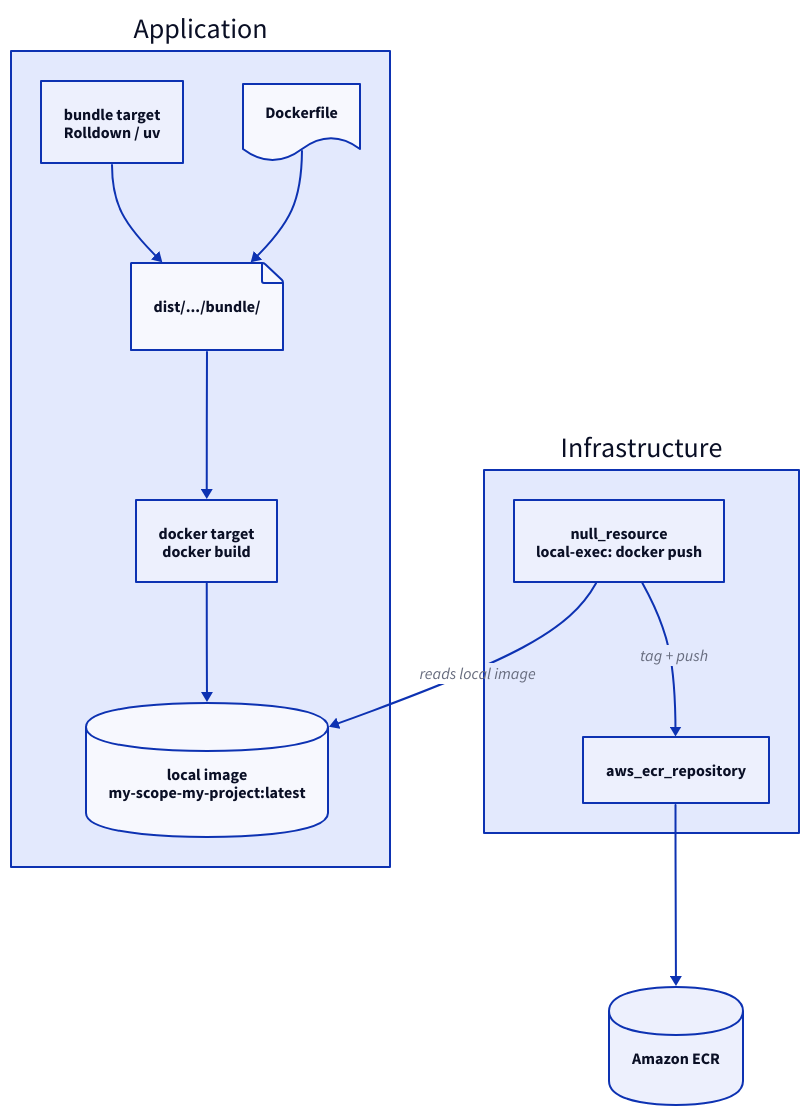
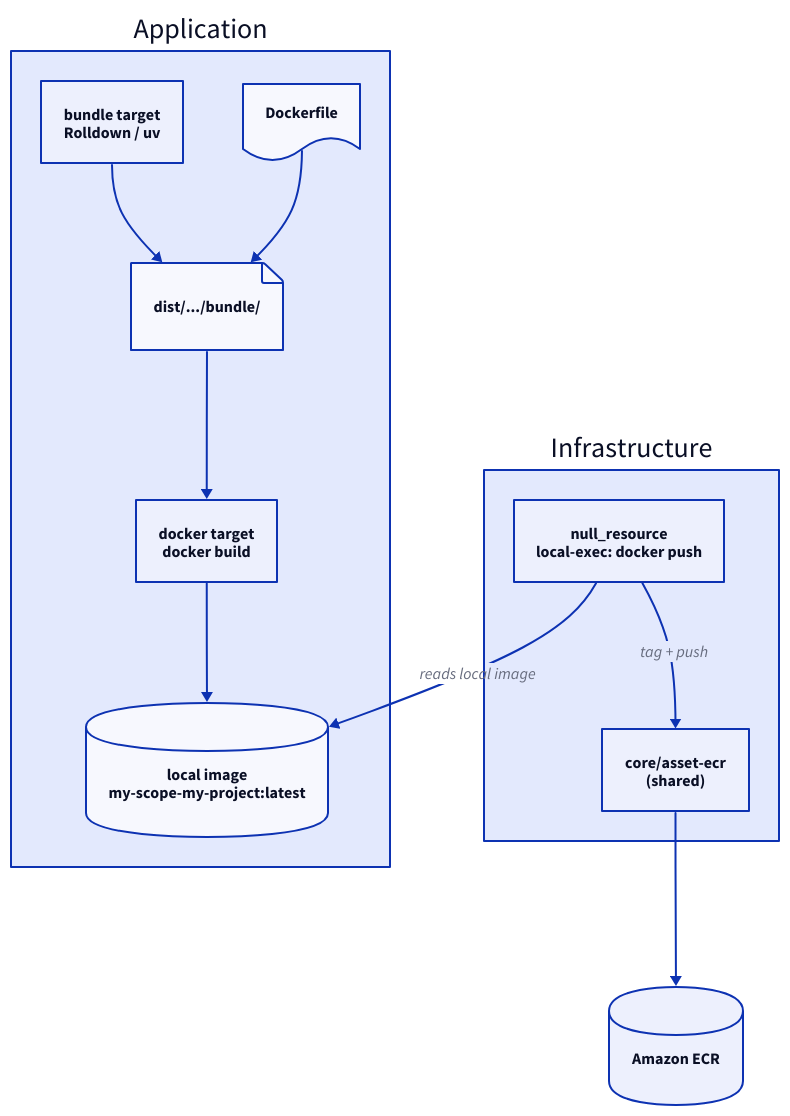
One commit to awslabs/nx-plugin-for-aws changed the third of 3 diagrams in docs/src/content/docs/en/guides/docker-bundling.mdx. Above: the diagram before and after it, drawn with D2. The commit also changed other lines of this file and 60 other files, not shown here.

First line of the commit message:
feat(terraform#project): share one asset ECR registry across container infra (#1167)

````diff
--- a/docs/src/content/docs/en/guides/docker-bundling.mdx
+++ b/docs/src/content/docs/en/guides/docker-bundling.mdx
@@ -386,35 +388,35 @@
 ```d2
 direction: down
 
 app: Application {
   bundle: "bundle target\nRolldown / uv"
   dockerfile: Dockerfile {
     shape: document
   }
   ctx: "dist/.../bundle/" {
     shape: page
   }
   build: "docker target\ndocker build"
   img: "local image\nmy-scope-my-project:latest" {
     shape: cylinder
   }
 
   bundle -> ctx
   dockerfile -> ctx
   ctx -> build -> img
 }
 
 infra: Infrastructure {
   direction: right
   publish: "null_resource\nlocal-exec: docker push"
-  repo: aws_ecr_repository
+  repo: "core/asset-ecr\n(shared)"
   publish -> repo: tag + push
 }
 
 ecr: "Amazon ECR" {
   shape: cylinder
 }
 
 infra.publish -> app.img: reads local image
 infra.repo -> ecr
 ```
````
